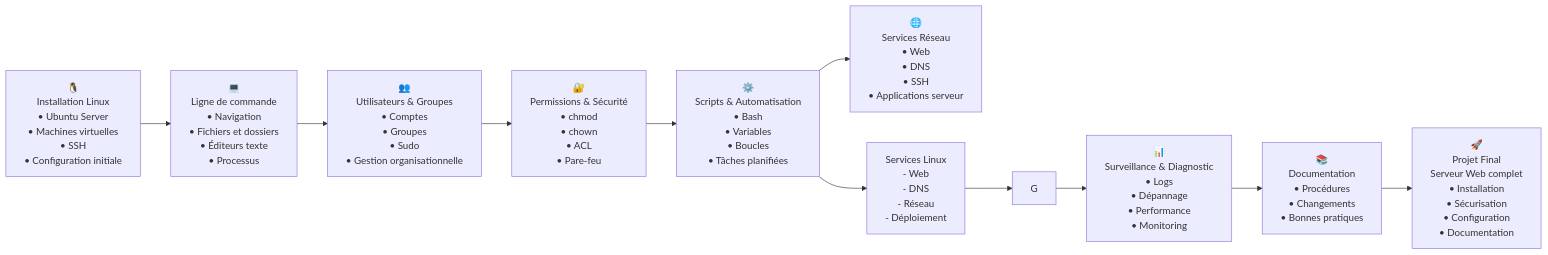
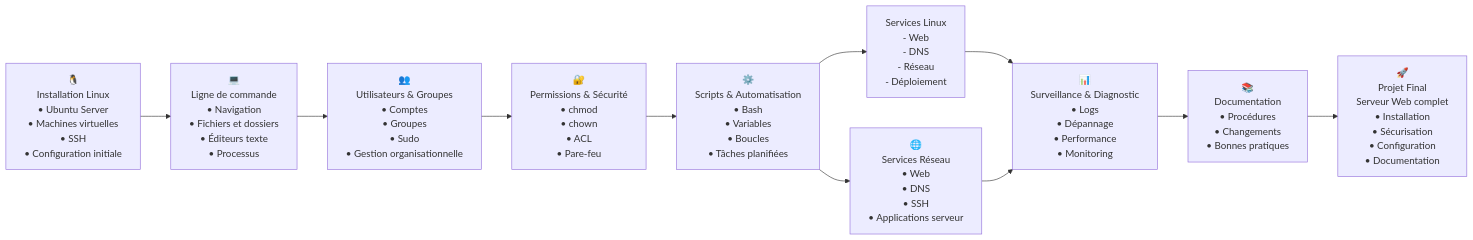
The third of 4 diagrams in 0.PlanDeCours/README.md (CollegeBoreal/INF1085-201-26A-04), drawn with Mermaid before and after one commit.

Commit message:
Update mapping from F2 to H and G to H

```diff
--- a/0.PlanDeCours/README.md
+++ b/0.PlanDeCours/README.md
@@ -164,9 +164,9 @@
  - Déploiement
 "]
 
-F2 --> G
+F2 --> H
 
-G --> H["📊
+F1 --> H["📊
 Surveillance & Diagnostic
 • Logs
 • Dépannage
```
